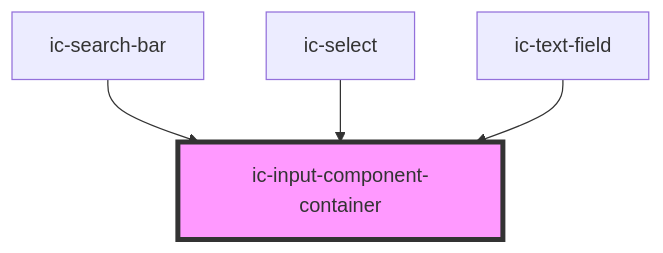
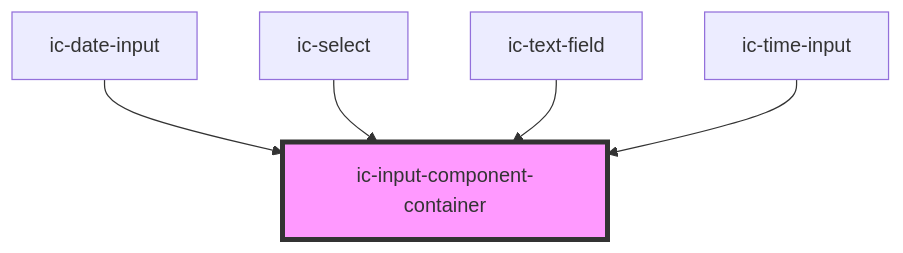
Before and after one commit to mi6/ic-ui-kit: the diagram in packages/web-components/src/components/ic-input-component-container/readme.md, drawn with Mermaid. The commit also changed other lines of this file and 19 other files, not shown here.

````diff
--- a/packages/web-components/src/components/ic-input-component-container/readme.md
+++ b/packages/web-components/src/components/ic-input-component-container/readme.md
@@ -56,7 +57,8 @@
 ```mermaid
 graph TD;
-  ic-search-bar --> ic-input-component-container
+  ic-date-input --> ic-input-component-container
   ic-select --> ic-input-component-container
   ic-text-field --> ic-input-component-container
+  ic-time-input --> ic-input-component-container
   style ic-input-component-container fill:#f9f,stroke:#333,stroke-width:4px
 ```
````
